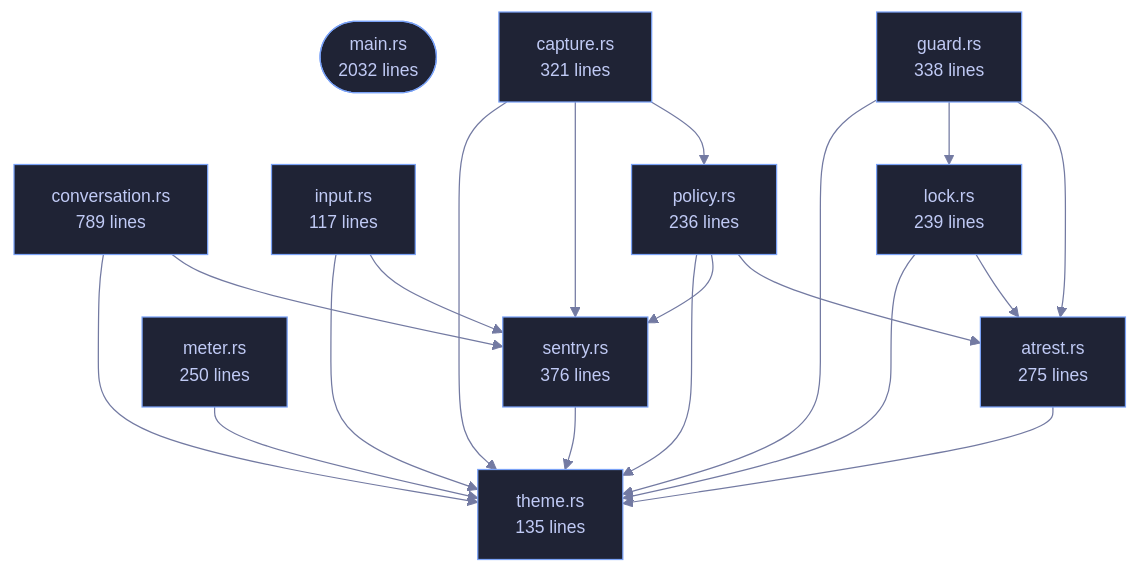
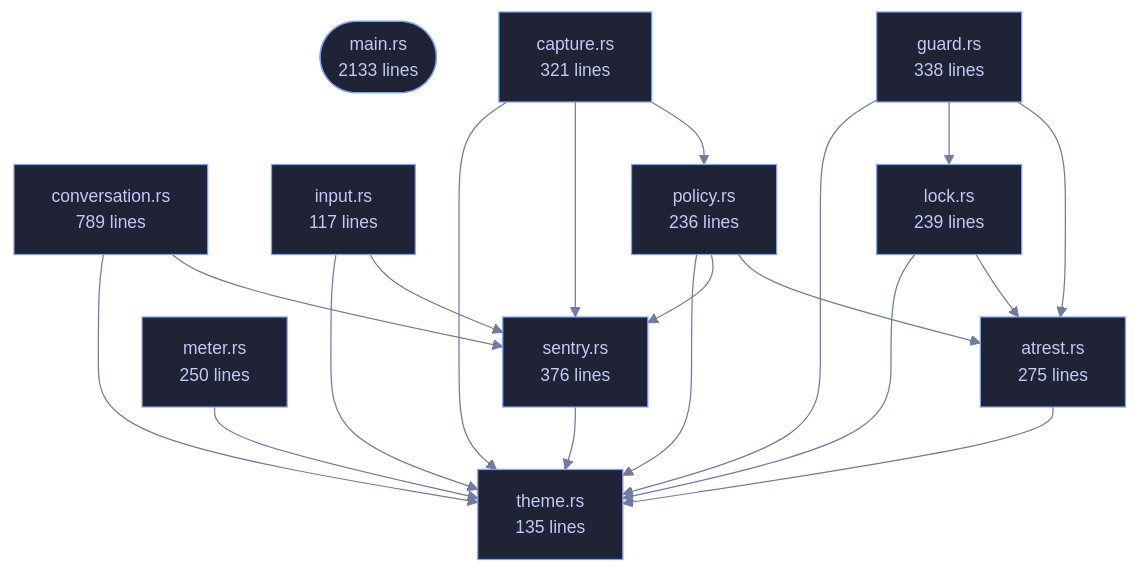
The diagram in crates/veilvoice-cli/README.md (tilas01/veilvoice), drawn with Mermaid before and after one commit. The commit also changed other lines of this file and 37 other files, not shown here.

````diff
--- a/crates/veilvoice-cli/README.md
+++ b/crates/veilvoice-cli/README.md
@@ -110,44 +110,44 @@
 ```mermaid
 %%{init: {"theme":"base","themeVariables":{"background":"#1a1b26","primaryColor":"#1f2335","primaryTextColor":"#c0caf5","primaryBorderColor":"#7aa2f7","secondaryColor":"#16161e","tertiaryColor":"#16161e","lineColor":"#737aa2","textColor":"#c0caf5","mainBkg":"#1f2335","nodeBorder":"#7aa2f7","clusterBkg":"#16161e","clusterBorder":"#2f3549","fontFamily":"ui-monospace, SFMono-Regular, Consolas, monospace","fontSize":"14px"}}}%%
 flowchart TD
-    n_main(["main.rs<br/>2032 lines"])
+    n_main(["main.rs<br/>2133 lines"])
     n_atrest["atrest.rs<br/>275 lines"]
     n_capture["capture.rs<br/>321 lines"]
     n_conversation["conversation.rs<br/>789 lines"]
     n_guard["guard.rs<br/>338 lines"]
     n_input["input.rs<br/>117 lines"]
     n_lock["lock.rs<br/>239 lines"]
     n_meter["meter.rs<br/>250 lines"]
     n_policy["policy.rs<br/>236 lines"]
     n_sentry["sentry.rs<br/>376 lines"]
     n_theme["theme.rs<br/>135 lines"]
     n_atrest --> n_theme
     n_capture --> n_policy
     n_capture --> n_sentry
     n_capture --> n_theme
     n_conversation --> n_sentry
     n_conversation --> n_theme
     n_guard --> n_atrest
     n_guard --> n_lock
     n_guard --> n_theme
     n_input --> n_sentry
     n_input --> n_theme
     n_lock --> n_atrest
     n_lock --> n_theme
     n_meter --> n_theme
     n_policy --> n_atrest
     n_policy --> n_sentry
     n_policy --> n_theme
     n_sentry --> n_theme
     click n_main href "https://github.com/tilas01/veilvoice/blob/main/crates/veilvoice-cli/src/main.rs" "open the source"
     click n_atrest href "https://github.com/tilas01/veilvoice/blob/main/crates/veilvoice-cli/src/atrest.rs" "open the source"
     click n_capture href "https://github.com/tilas01/veilvoice/blob/main/crates/veilvoice-cli/src/capture.rs" "open the source"
     click n_conversation href "https://github.com/tilas01/veilvoice/blob/main/crates/veilvoice-cli/src/conversation.rs" "open the source"
     click n_guard href "https://github.com/tilas01/veilvoice/blob/main/crates/veilvoice-cli/src/guard.rs" "open the source"
     click n_input href "https://github.com/tilas01/veilvoice/blob/main/crates/veilvoice-cli/src/input.rs" "open the source"
     click n_lock href "https://github.com/tilas01/veilvoice/blob/main/crates/veilvoice-cli/src/lock.rs" "open the source"
     click n_meter href "https://github.com/tilas01/veilvoice/blob/main/crates/veilvoice-cli/src/meter.rs" "open the source"
     click n_policy href "https://github.com/tilas01/veilvoice/blob/main/crates/veilvoice-cli/src/policy.rs" "open the source"
     click n_sentry href "https://github.com/tilas01/veilvoice/blob/main/crates/veilvoice-cli/src/sentry.rs" "open the source"
     click n_theme href "https://github.com/tilas01/veilvoice/blob/main/crates/veilvoice-cli/src/theme.rs" "open the source"
 ```
````
